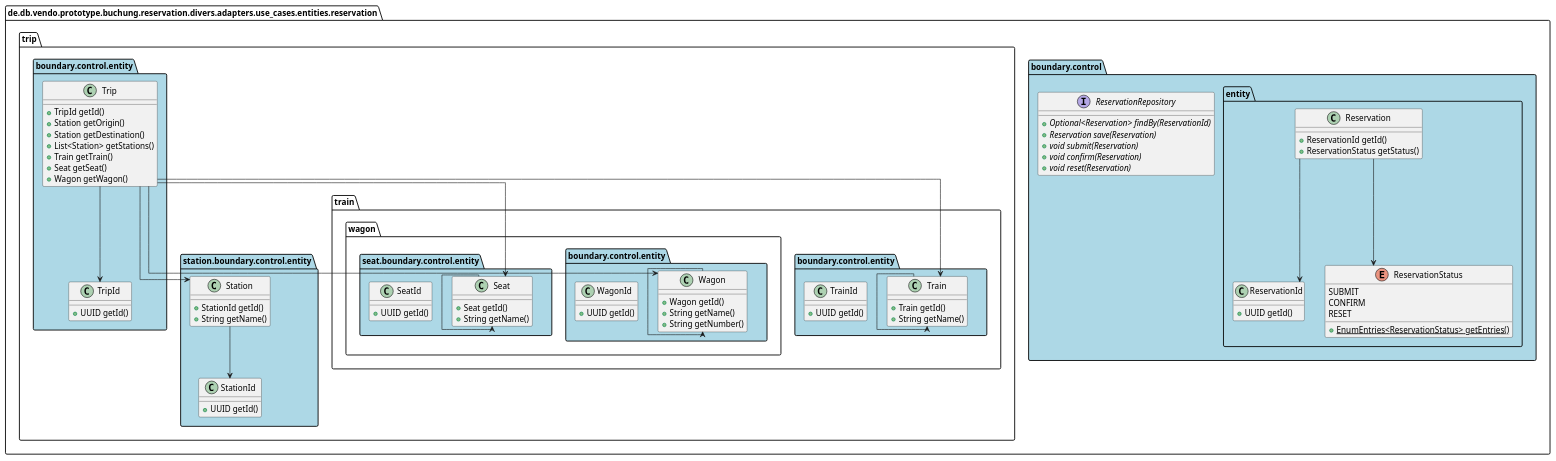
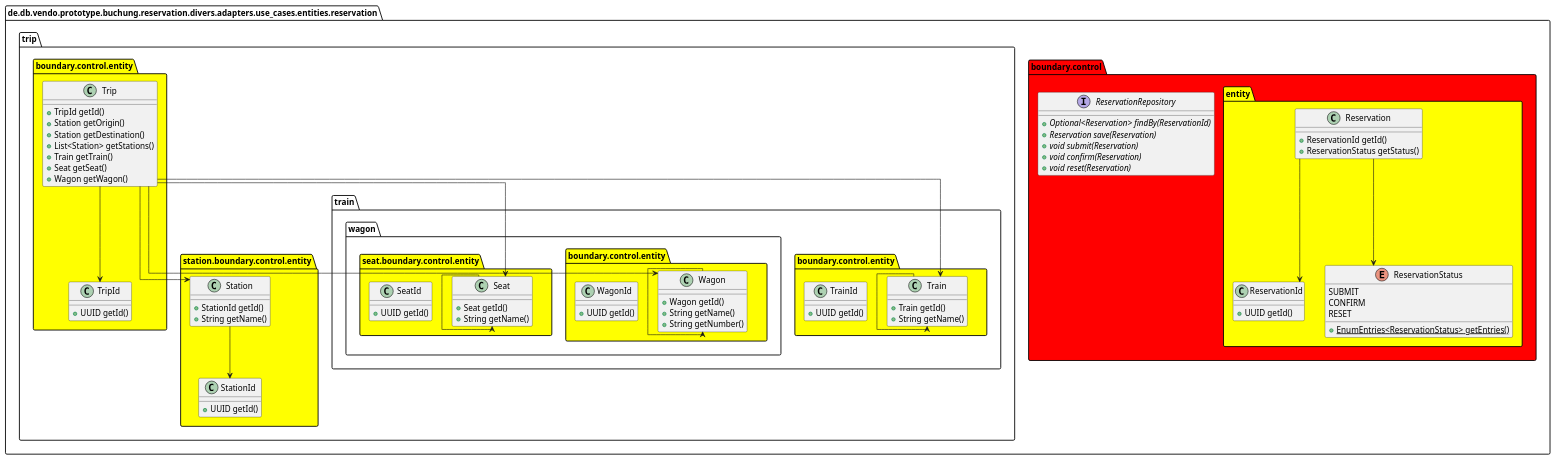
One commit to punkratz312/reservation-proto changed the diagram in doc/uml/puml/er-model.puml. Above: the diagram before and after it, drawn with PlantUML. The commit also changed 12 other files, not shown here.

```diff
--- a/doc/uml/puml/er-model.puml
+++ b/doc/uml/puml/er-model.puml
@@ -1,97 +1,91 @@
 @startuml
 !pragma useIntermediatePackages false
 skinparam linetype ortho
 show stereotype
-package boundary as de.db.vendo.prototype.buchung.reservation.divers.adapters.use_cases.entities.reservation.boundary #lightblue {}
-package control as de.db.vendo.prototype.buchung.reservation.divers.adapters.use_cases.entities.reservation.boundary.control #lightblue {}
-package entity as de.db.vendo.prototype.buchung.reservation.divers.adapters.use_cases.entities.reservation.boundary.control.entity #lightblue {}
-package boundary as de.db.vendo.prototype.buchung.reservation.divers.adapters.use_cases.entities.reservation.trip.boundary #lightblue {}
-package control as de.db.vendo.prototype.buchung.reservation.divers.adapters.use_cases.entities.reservation.trip.boundary.control #lightblue {}
-package entity as de.db.vendo.prototype.buchung.reservation.divers.adapters.use_cases.entities.reservation.trip.boundary.control.entity #lightblue {}
-package boundary as de.db.vendo.prototype.buchung.reservation.divers.adapters.use_cases.entities.reservation.trip.station.boundary #lightblue {}
-package control as de.db.vendo.prototype.buchung.reservation.divers.adapters.use_cases.entities.reservation.trip.station.boundary.control #lightblue {}
-package entity as de.db.vendo.prototype.buchung.reservation.divers.adapters.use_cases.entities.reservation.trip.station.boundary.control.entity #lightblue {}
-package boundary as de.db.vendo.prototype.buchung.reservation.divers.adapters.use_cases.entities.reservation.trip.train.boundary #lightblue {}
-package control as de.db.vendo.prototype.buchung.reservation.divers.adapters.use_cases.entities.reservation.trip.train.boundary.control #lightblue {}
-package entity as de.db.vendo.prototype.buchung.reservation.divers.adapters.use_cases.entities.reservation.trip.train.boundary.control.entity #lightblue {}
-package boundary as de.db.vendo.prototype.buchung.reservation.divers.adapters.use_cases.entities.reservation.trip.train.wagon.boundary #lightblue {}
-package control as de.db.vendo.prototype.buchung.reservation.divers.adapters.use_cases.entities.reservation.trip.train.wagon.boundary.control #lightblue {}
-package entity as de.db.vendo.prototype.buchung.reservation.divers.adapters.use_cases.entities.reservation.trip.train.wagon.boundary.control.entity #lightblue {}
-package boundary as de.db.vendo.prototype.buchung.reservation.divers.adapters.use_cases.entities.reservation.trip.train.wagon.seat.boundary #lightblue {}
-package control as de.db.vendo.prototype.buchung.reservation.divers.adapters.use_cases.entities.reservation.trip.train.wagon.seat.boundary.control #lightblue {}
-package entity as de.db.vendo.prototype.buchung.reservation.divers.adapters.use_cases.entities.reservation.trip.train.wagon.seat.boundary.control.entity #lightblue {}
+package control as de.db.vendo.prototype.buchung.reservation.divers.adapters.use_cases.entities.reservation.boundary.control #red {}
+package entity as de.db.vendo.prototype.buchung.reservation.divers.adapters.use_cases.entities.reservation.boundary.control.entity #yellow {}
+package control as de.db.vendo.prototype.buchung.reservation.divers.adapters.use_cases.entities.reservation.trip.boundary.control #red {}
+package entity as de.db.vendo.prototype.buchung.reservation.divers.adapters.use_cases.entities.reservation.trip.boundary.control.entity #yellow {}
+package control as de.db.vendo.prototype.buchung.reservation.divers.adapters.use_cases.entities.reservation.trip.station.boundary.control #red {}
+package entity as de.db.vendo.prototype.buchung.reservation.divers.adapters.use_cases.entities.reservation.trip.station.boundary.control.entity #yellow {}
+package control as de.db.vendo.prototype.buchung.reservation.divers.adapters.use_cases.entities.reservation.trip.train.boundary.control #red {}
+package entity as de.db.vendo.prototype.buchung.reservation.divers.adapters.use_cases.entities.reservation.trip.train.boundary.control.entity #yellow {}
+package control as de.db.vendo.prototype.buchung.reservation.divers.adapters.use_cases.entities.reservation.trip.train.wagon.boundary.control #red {}
+package entity as de.db.vendo.prototype.buchung.reservation.divers.adapters.use_cases.entities.reservation.trip.train.wagon.boundary.control.entity #yellow {}
+package control as de.db.vendo.prototype.buchung.reservation.divers.adapters.use_cases.entities.reservation.trip.train.wagon.seat.boundary.control #red {}
+package entity as de.db.vendo.prototype.buchung.reservation.divers.adapters.use_cases.entities.reservation.trip.train.wagon.seat.boundary.control.entity #yellow {}
 
 interface "ReservationRepository" as de.db.vendo.prototype.buchung.reservation.divers.adapters.use_cases.entities.reservation.boundary.control.ReservationRepository {
   + {abstract}Optional<Reservation> findBy(ReservationId)
   + {abstract}Reservation save(Reservation)
   + {abstract}void submit(Reservation)
   + {abstract}void confirm(Reservation)
   + {abstract}void reset(Reservation)
 }
 class "Reservation" as de.db.vendo.prototype.buchung.reservation.divers.adapters.use_cases.entities.reservation.boundary.control.entity.Reservation {
   +ReservationId getId()
   +ReservationStatus getStatus()
 }
 class "ReservationId" as de.db.vendo.prototype.buchung.reservation.divers.adapters.use_cases.entities.reservation.boundary.control.entity.ReservationId {
   +UUID getId()
 }
 enum "ReservationStatus" as de.db.vendo.prototype.buchung.reservation.divers.adapters.use_cases.entities.reservation.boundary.control.entity.ReservationStatus {
   SUBMIT
   CONFIRM
   RESET
   __
   + {static}EnumEntries<ReservationStatus> getEntries()
 }
 class "Trip" as de.db.vendo.prototype.buchung.reservation.divers.adapters.use_cases.entities.reservation.trip.boundary.control.entity.Trip {
   +TripId getId()
   +Station getOrigin()
   +Station getDestination()
   +List<Station> getStations()
   +Train getTrain()
   +Seat getSeat()
   +Wagon getWagon()
 }
 class "TripId" as de.db.vendo.prototype.buchung.reservation.divers.adapters.use_cases.entities.reservation.trip.boundary.control.entity.TripId {
   +UUID getId()
 }
 class "Station" as de.db.vendo.prototype.buchung.reservation.divers.adapters.use_cases.entities.reservation.trip.station.boundary.control.entity.Station {
   +StationId getId()
   +String getName()
 }
 class "StationId" as de.db.vendo.prototype.buchung.reservation.divers.adapters.use_cases.entities.reservation.trip.station.boundary.control.entity.StationId {
   +UUID getId()
 }
 class "Train" as de.db.vendo.prototype.buchung.reservation.divers.adapters.use_cases.entities.reservation.trip.train.boundary.control.entity.Train {
   +Train getId()
   +String getName()
 }
 class "TrainId" as de.db.vendo.prototype.buchung.reservation.divers.adapters.use_cases.entities.reservation.trip.train.boundary.control.entity.TrainId {
   +UUID getId()
 }
 class "Wagon" as de.db.vendo.prototype.buchung.reservation.divers.adapters.use_cases.entities.reservation.trip.train.wagon.boundary.control.entity.Wagon {
   +Wagon getId()
   +String getName()
   +String getNumber()
 }
 class "WagonId" as de.db.vendo.prototype.buchung.reservation.divers.adapters.use_cases.entities.reservation.trip.train.wagon.boundary.control.entity.WagonId {
   +UUID getId()
 }
 class "Seat" as de.db.vendo.prototype.buchung.reservation.divers.adapters.use_cases.entities.reservation.trip.train.wagon.seat.boundary.control.entity.Seat {
   +Seat getId()
   +String getName()
 }
 class "SeatId" as de.db.vendo.prototype.buchung.reservation.divers.adapters.use_cases.entities.reservation.trip.train.wagon.seat.boundary.control.entity.SeatId {
   +UUID getId()
 }
 de.db.vendo.prototype.buchung.reservation.divers.adapters.use_cases.entities.reservation.boundary.control.entity.Reservation --> de.db.vendo.prototype.buchung.reservation.divers.adapters.use_cases.entities.reservation.boundary.control.entity.ReservationId
 de.db.vendo.prototype.buchung.reservation.divers.adapters.use_cases.entities.reservation.boundary.control.entity.Reservation --> de.db.vendo.prototype.buchung.reservation.divers.adapters.use_cases.entities.reservation.boundary.control.entity.ReservationStatus
 de.db.vendo.prototype.buchung.reservation.divers.adapters.use_cases.entities.reservation.trip.boundary.control.entity.Trip --> de.db.vendo.prototype.buchung.reservation.divers.adapters.use_cases.entities.reservation.trip.boundary.control.entity.TripId
 de.db.vendo.prototype.buchung.reservation.divers.adapters.use_cases.entities.reservation.trip.boundary.control.entity.Trip --> de.db.vendo.prototype.buchung.reservation.divers.adapters.use_cases.entities.reservation.trip.station.boundary.control.entity.Station
 de.db.vendo.prototype.buchung.reservation.divers.adapters.use_cases.entities.reservation.trip.boundary.control.entity.Trip --> de.db.vendo.prototype.buchung.reservation.divers.adapters.use_cases.entities.reservation.trip.train.wagon.seat.boundary.control.entity.Seat
 de.db.vendo.prototype.buchung.reservation.divers.adapters.use_cases.entities.reservation.trip.boundary.control.entity.Trip --> de.db.vendo.prototype.buchung.reservation.divers.adapters.use_cases.entities.reservation.trip.train.boundary.control.entity.Train
 de.db.vendo.prototype.buchung.reservation.divers.adapters.use_cases.entities.reservation.trip.boundary.control.entity.Trip --> de.db.vendo.prototype.buchung.reservation.divers.adapters.use_cases.entities.reservation.trip.train.wagon.boundary.control.entity.Wagon
 de.db.vendo.prototype.buchung.reservation.divers.adapters.use_cases.entities.reservation.trip.station.boundary.control.entity.Station --> de.db.vendo.prototype.buchung.reservation.divers.adapters.use_cases.entities.reservation.trip.station.boundary.control.entity.StationId
 de.db.vendo.prototype.buchung.reservation.divers.adapters.use_cases.entities.reservation.trip.train.boundary.control.entity.Train --> de.db.vendo.prototype.buchung.reservation.divers.adapters.use_cases.entities.reservation.trip.train.boundary.control.entity.Train
 de.db.vendo.prototype.buchung.reservation.divers.adapters.use_cases.entities.reservation.trip.train.wagon.boundary.control.entity.Wagon --> de.db.vendo.prototype.buchung.reservation.divers.adapters.use_cases.entities.reservation.trip.train.wagon.boundary.control.entity.Wagon
 de.db.vendo.prototype.buchung.reservation.divers.adapters.use_cases.entities.reservation.trip.train.wagon.seat.boundary.control.entity.Seat --> de.db.vendo.prototype.buchung.reservation.divers.adapters.use_cases.entities.reservation.trip.train.wagon.seat.boundary.control.entity.Seat
 @enduml
```
